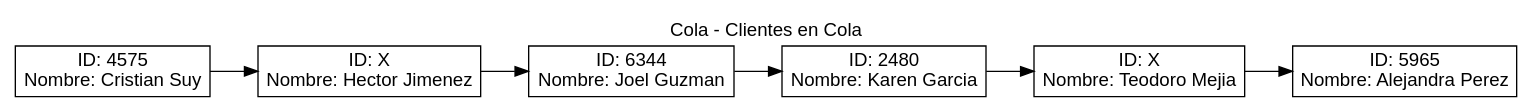
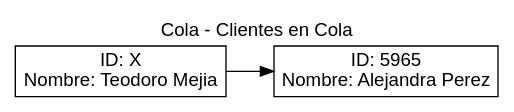
Before and after one commit to brandonT2002/EDD_VJ1S2023_PY_202112030: the diagram in Reportes/Cola.dot, drawn with Graphviz. The commit also changed 10 other files, not shown here.

```diff
--- a/Reportes/Cola.dot
+++ b/Reportes/Cola.dot
@@ -1,14 +1,10 @@
 digraph G {
 fontname="Arial"
 label="Cola - Clientes en Cola"
 labelloc = t
 rankdir=LR;
 node[shape="box" fontname="Arial"];
-nodo_0 [label="ID: 4575\nNombre: Cristian Suy"];
-nodo_1 [label="ID: X\nNombre: Hector Jimenez"];
-nodo_2 [label="ID: 6344\nNombre: Joel Guzman"];
-nodo_3 [label="ID: 2480\nNombre: Karen Garcia"];
-nodo_4 [label="ID: X\nNombre: Teodoro Mejia"];
-nodo_5 [label="ID: 5965\nNombre: Alejandra Perez"];
-nodo_0 -> nodo_1 -> nodo_2 -> nodo_3 -> nodo_4 -> nodo_5;
+nodo_0 [label="ID: X\nNombre: Teodoro Mejia"];
+nodo_1 [label="ID: 5965\nNombre: Alejandra Perez"];
+nodo_0 -> nodo_1;
 }
```
